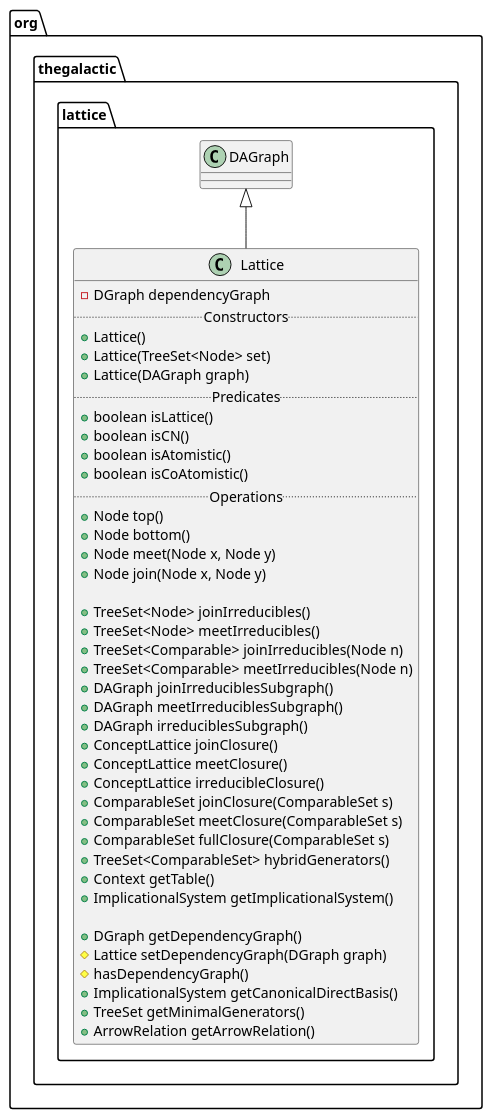
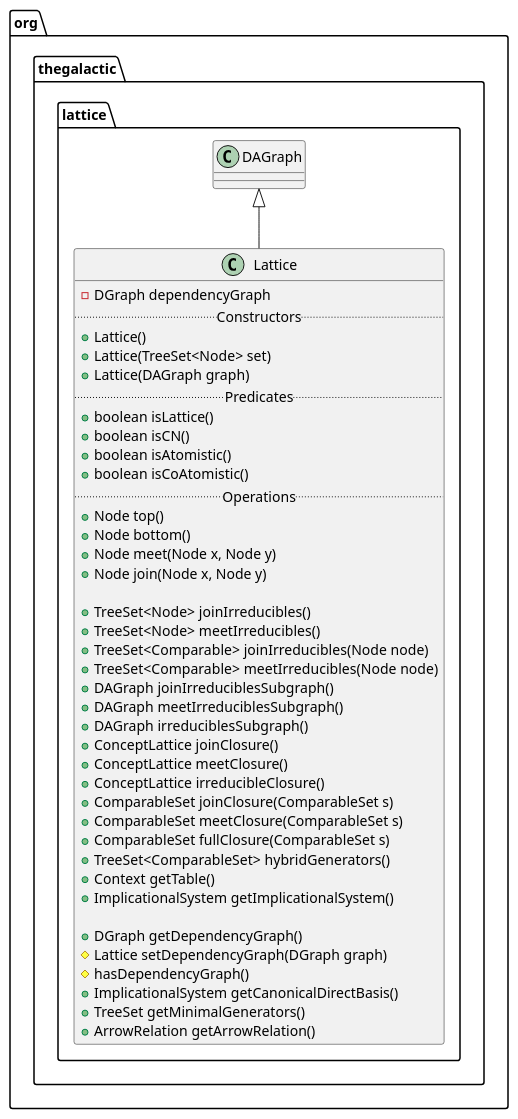
The diagram in src/main/doc/resources/org/thegalactic/lattice/Lattice.iuml (thegalactic/java-lattices), drawn with PlantUML before and after one commit. The commit also changed 14 other files, not shown here.

```diff
--- a/src/main/doc/resources/org/thegalactic/lattice/Lattice.iuml
+++ b/src/main/doc/resources/org/thegalactic/lattice/Lattice.iuml
@@ -1,45 +1,45 @@
 package org.thegalactic.lattice {
     class Lattice {
         -DGraph dependencyGraph
         .. Constructors ..
         +Lattice()
         +Lattice(TreeSet<Node> set)
         +Lattice(DAGraph graph)
         .. Predicates ..
         +boolean isLattice()
         +boolean isCN()
         +boolean isAtomistic()
         +boolean isCoAtomistic()
         .. Operations ..
         +Node top()
         +Node bottom()
         +Node meet(Node x, Node y)
         +Node join(Node x, Node y)
 
         +TreeSet<Node> joinIrreducibles()
         +TreeSet<Node> meetIrreducibles()
-        +TreeSet<Comparable> joinIrreducibles(Node n)
-        +TreeSet<Comparable> meetIrreducibles(Node n)
+        +TreeSet<Comparable> joinIrreducibles(Node node)
+        +TreeSet<Comparable> meetIrreducibles(Node node)
         +DAGraph joinIrreduciblesSubgraph()
         +DAGraph meetIrreduciblesSubgraph()
         +DAGraph irreduciblesSubgraph()
         +ConceptLattice joinClosure()
         +ConceptLattice meetClosure()
         +ConceptLattice irreducibleClosure()
         +ComparableSet joinClosure(ComparableSet s)
         +ComparableSet meetClosure(ComparableSet s)
         +ComparableSet fullClosure(ComparableSet s)
         +TreeSet<ComparableSet> hybridGenerators()
         +Context getTable()
         +ImplicationalSystem getImplicationalSystem()
 
         +DGraph getDependencyGraph()
         #Lattice setDependencyGraph(DGraph graph)
         #hasDependencyGraph()
         +ImplicationalSystem getCanonicalDirectBasis()
         +TreeSet getMinimalGenerators()
         +ArrowRelation getArrowRelation()
     }
 
     DAGraph <|-- Lattice
 }
```
